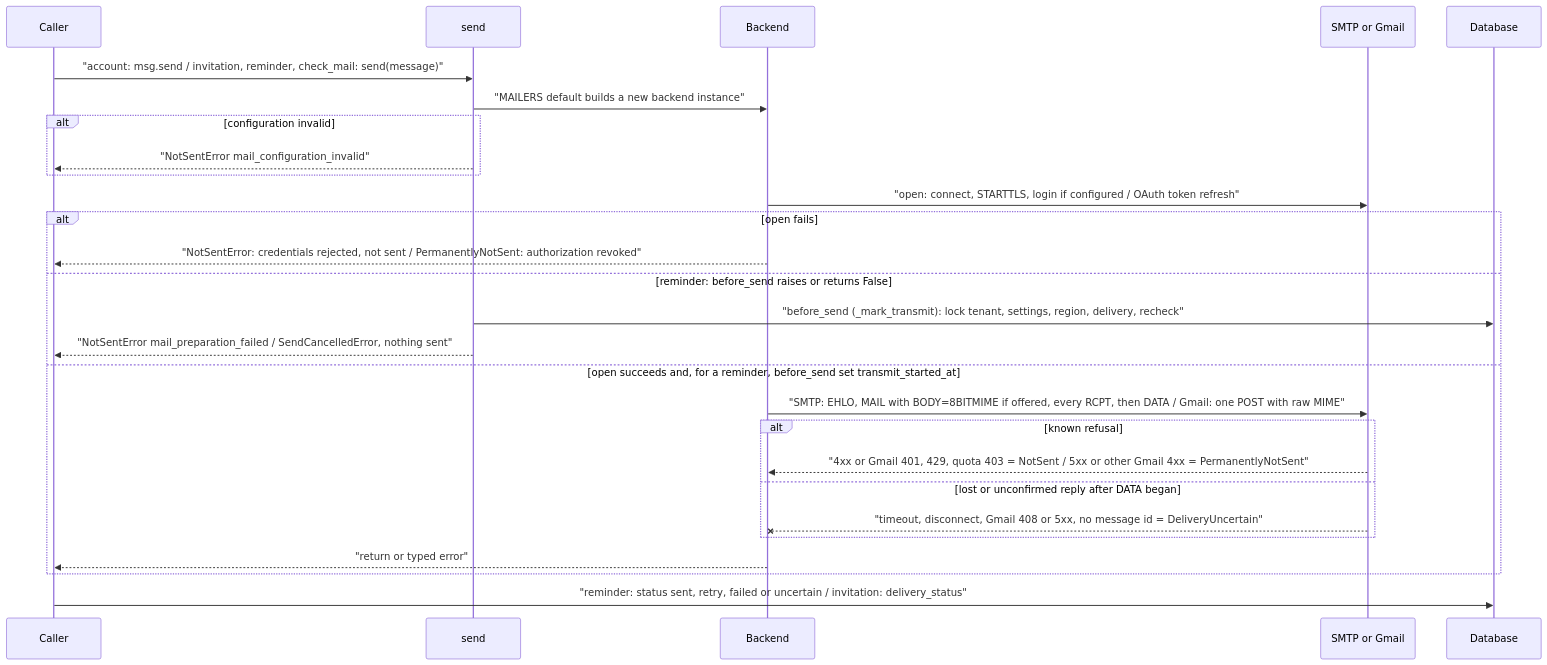
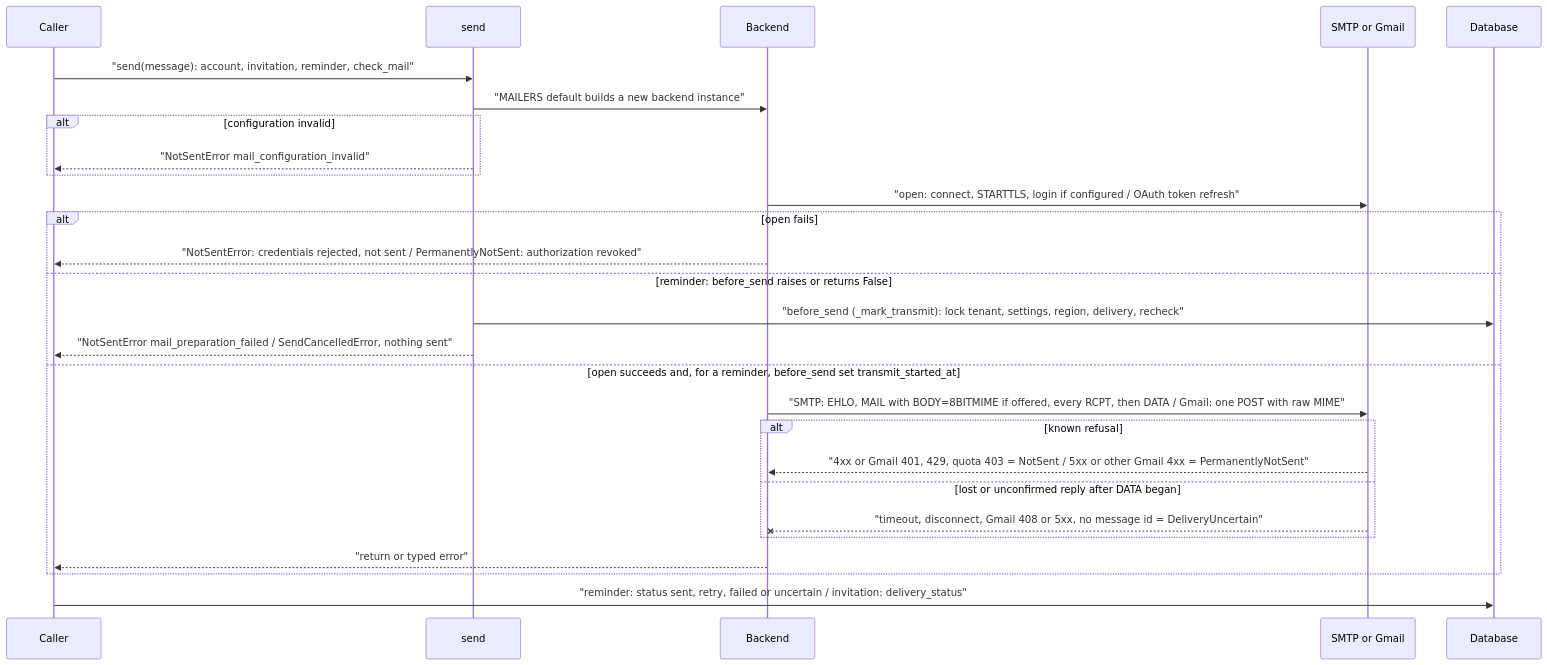
The diagram in docs/flows/email-transport.md (erkurtharun/pyracast), drawn with Mermaid before and after one commit. The commit also changed other lines of this file and 8 other files, not shown here.

First line of the commit message:
Send account mail through the shared entry point and prove the production Gmail sender

````diff
--- a/docs/flows/email-transport.md
+++ b/docs/flows/email-transport.md
@@ -17,29 +17,29 @@
 ```mermaid
 sequenceDiagram
     participant C as Caller
     participant M as send
     participant B as Backend
     participant X as SMTP or Gmail
     participant D as Database
-    C->>M: "account: msg.send / invitation, reminder, check_mail: send(message)"
+    C->>M: "send(message): account, invitation, reminder, check_mail"
     M->>B: "MAILERS default builds a new backend instance"
     alt configuration invalid
         M-->>C: "NotSentError mail_configuration_invalid"
     end
     B->>X: "open: connect, STARTTLS, login if configured / OAuth token refresh"
     alt open fails
         B-->>C: "NotSentError: credentials rejected, not sent / PermanentlyNotSent: authorization revoked"
     else reminder: before_send raises or returns False
         M->>D: "before_send (_mark_transmit): lock tenant, settings, region, delivery, recheck"
         M-->>C: "NotSentError mail_preparation_failed / SendCancelledError, nothing sent"
     else open succeeds and, for a reminder, before_send set transmit_started_at
         B->>X: "SMTP: EHLO, MAIL with BODY=8BITMIME if offered, every RCPT, then DATA / Gmail: one POST with raw MIME"
         alt known refusal
             X-->>B: "4xx or Gmail 401, 429, quota 403 = NotSent / 5xx or other Gmail 4xx = PermanentlyNotSent"
         else lost or unconfirmed reply after DATA began
             X--xB: "timeout, disconnect, Gmail 408 or 5xx, no message id = DeliveryUncertain"
         end
         B-->>C: "return or typed error"
     end
     C->>D: "reminder: status sent, retry, failed or uncertain / invitation: delivery_status"
 ```
````
